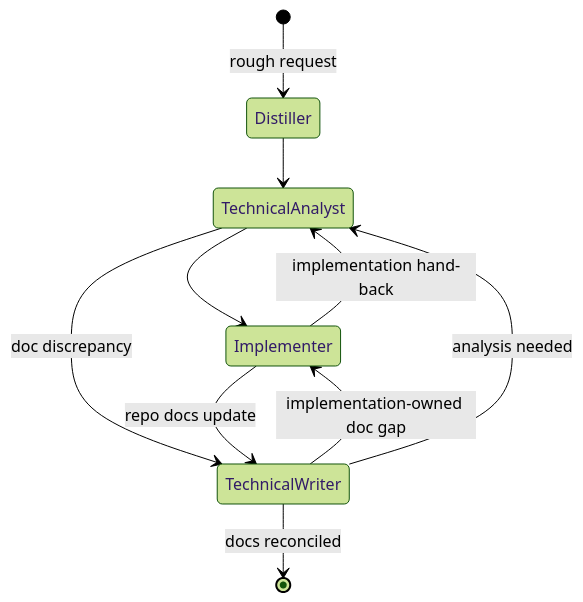
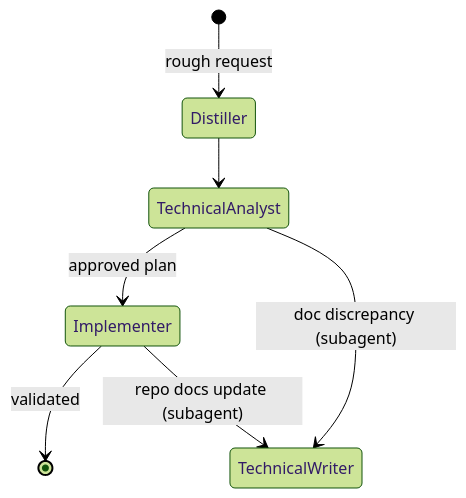
The diagram in plugins/engineering-workflow/README.md (sliekens/agentic), drawn with Mermaid (forest theme) before and after one commit. The commit also changed other lines of this file and 5 other files, not shown here.

First line of the commit message:
Refactor engineering workflow to use linear flow with bounded subagent delegation

````diff
--- a/plugins/engineering-workflow/README.md
+++ b/plugins/engineering-workflow/README.md
@@ -7,12 +7,9 @@
 ```mermaid
 stateDiagram-v2
-	[*] --> Distiller: rough request
-	Distiller --> TechnicalAnalyst
-	TechnicalAnalyst --> Implementer
-	TechnicalAnalyst --> TechnicalWriter: doc discrepancy
-	Implementer --> TechnicalWriter: repo docs update
-	Implementer --> TechnicalAnalyst: implementation hand-back
-	TechnicalWriter --> Implementer: implementation-owned doc gap
-	TechnicalWriter --> TechnicalAnalyst: analysis needed
-	TechnicalWriter --> [*]: docs reconciled
+    [*] --> Distiller: rough request
+    Distiller --> TechnicalAnalyst
+    TechnicalAnalyst --> Implementer: approved plan
+    Implementer --> [*]: validated
+    TechnicalAnalyst --> TechnicalWriter: doc discrepancy (subagent)
+    Implementer --> TechnicalWriter: repo docs update (subagent)
 ```
````
